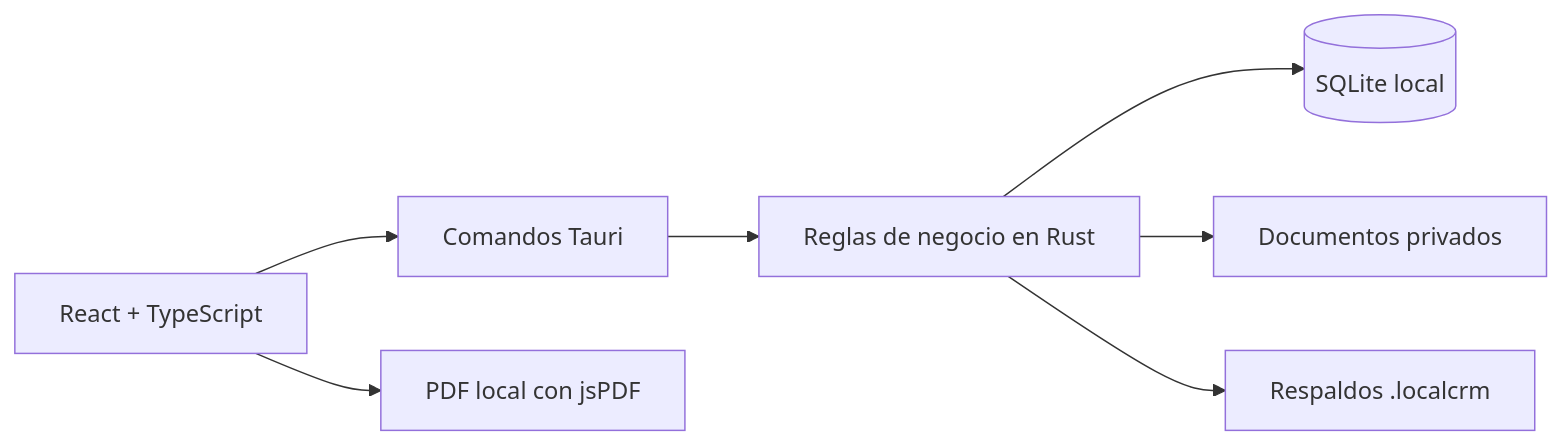
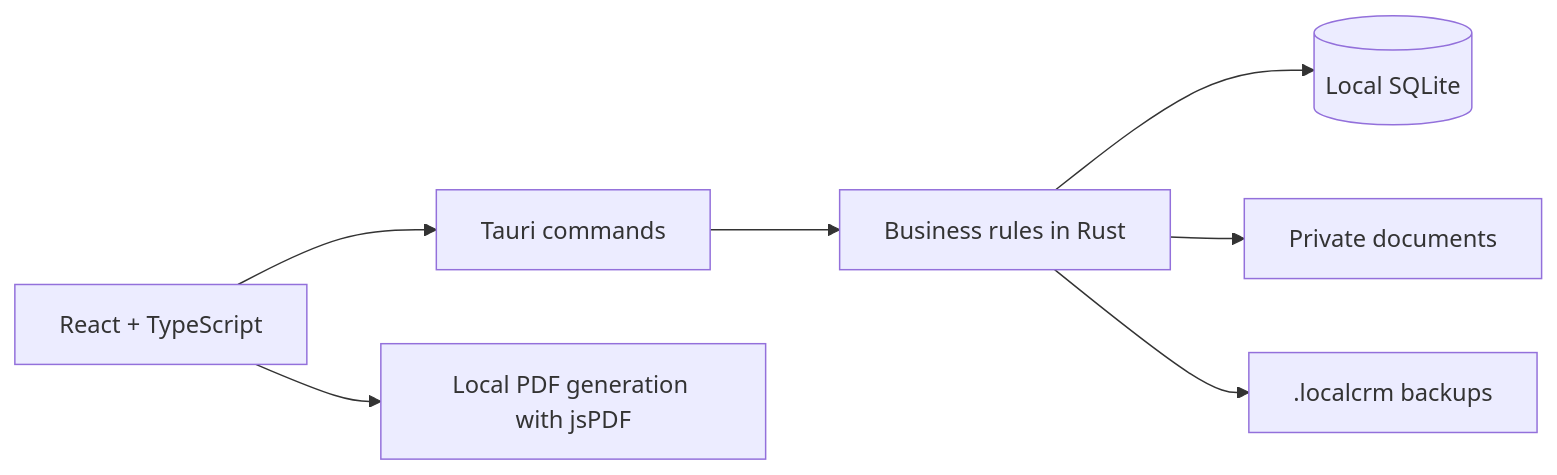
One commit to sbranma/local-crm changed the diagram in README.md. Above: the diagram before and after it, drawn with Mermaid. The commit also changed other lines of this file and 1 other file, not shown here.

````diff
--- a/README.md
+++ b/README.md
@@ -36,9 +57,9 @@
 ```mermaid
 flowchart LR
-    UI[React + TypeScript] --> IPC[Comandos Tauri]
-    IPC --> RULES[Reglas de negocio en Rust]
-    RULES --> DB[(SQLite local)]
-    RULES --> FILES[Documentos privados]
-    RULES --> BACKUP[Respaldos .localcrm]
-    UI --> PDF[PDF local con jsPDF]
+    UI[React + TypeScript] --> IPC[Tauri commands]
+    IPC --> RULES[Business rules in Rust]
+    RULES --> DB[(Local SQLite)]
+    RULES --> FILES[Private documents]
+    RULES --> BACKUP[.localcrm backups]
+    UI --> PDF[Local PDF generation with jsPDF]
 ```
````
